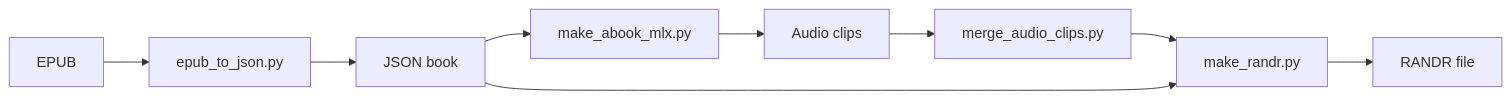
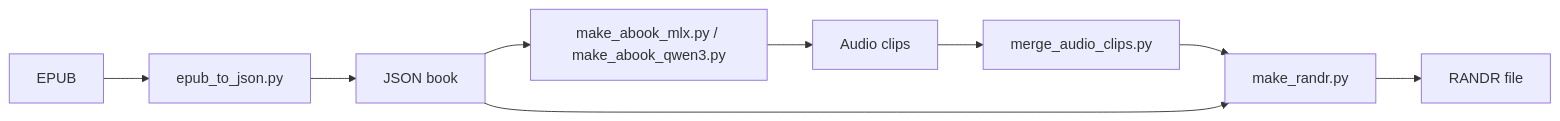
The diagram in RANDR.md (sergenes/runandread-audiobook), drawn with Mermaid before and after one commit. The commit also changed other lines of this file and 2 other files, not shown here.

First line of the commit message:
docs: document Qwen3-TTS support and add changelog

````diff
--- a/RANDR.md
+++ b/RANDR.md
@@ -114,11 +123,11 @@
 ```mermaid
 flowchart LR
     A[EPUB] --> B[epub_to_json.py]
     B --> C[JSON book]
-    C --> D[make_abook_mlx.py]
+    C --> D[make_abook_mlx.py / make_abook_qwen3.py]
     D --> E[Audio clips]
     E --> F[merge_audio_clips.py]
     F --> G[make_randr.py]
     C --> G
     G --> H[RANDR file]
 ```
````
